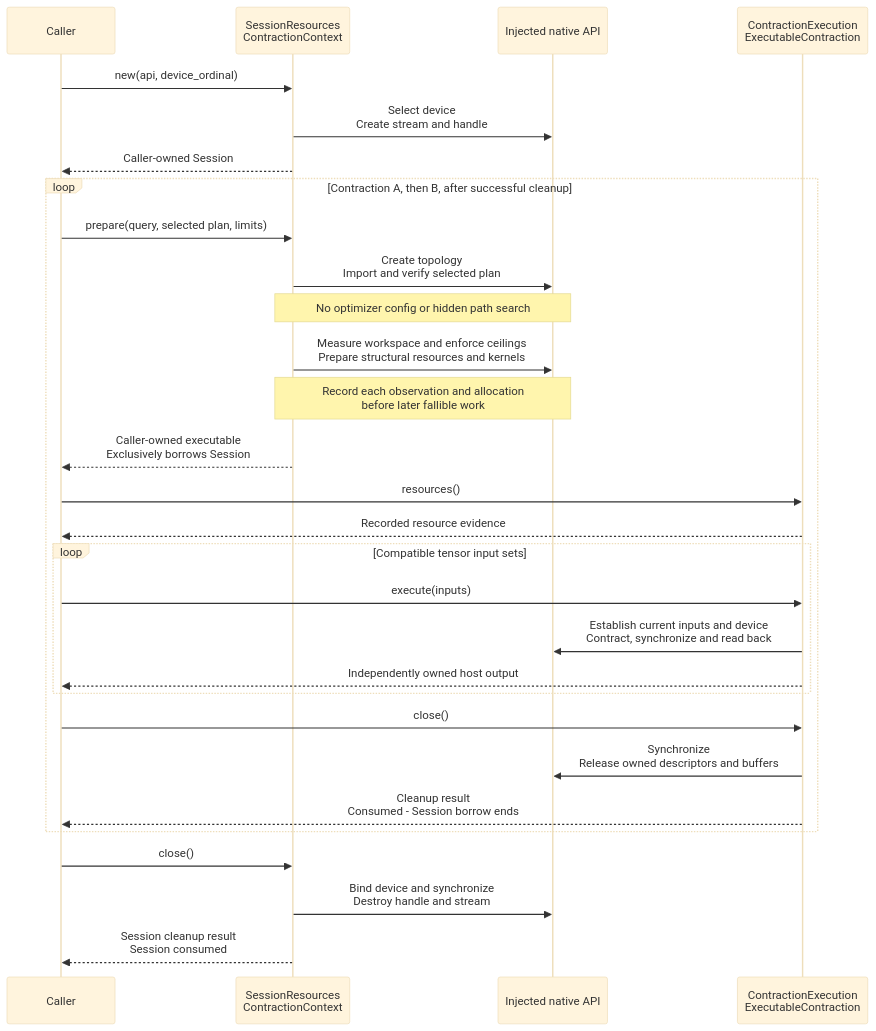
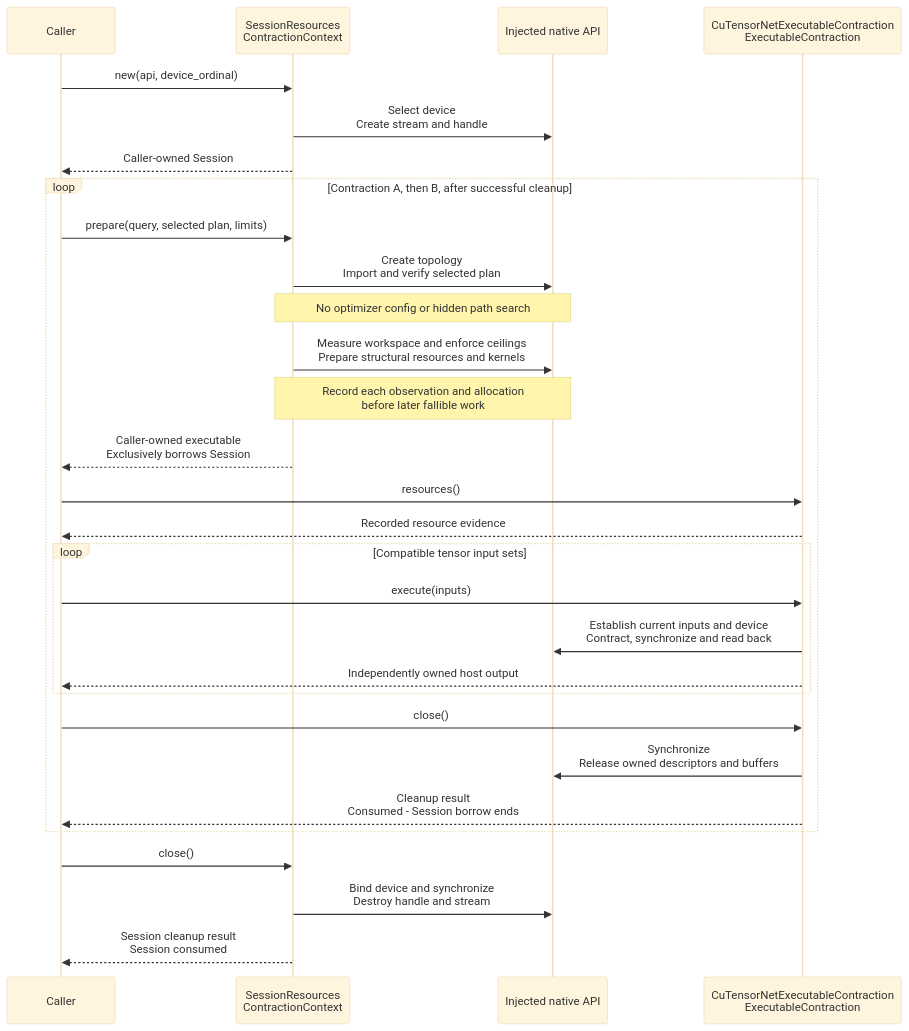
Before and after one commit to microsoft/qdk: the diagram in source/cutensornet/README.md, drawn with Mermaid (base theme). The commit also changed other lines of this file and 19 other files, not shown here.

First line of the commit message:
[SIMULATORS] Add reusable cuTensorNet contraction inputs

````diff
--- a/source/cutensornet/README.md
+++ b/source/cutensornet/README.md
@@ -383,32 +383,32 @@
 ```mermaid
 sequenceDiagram
     participant Caller
     participant Session as SessionResources<br/>ContractionContext
     participant Native as Injected native API
-    participant Executable as ContractionExecution<br/>ExecutableContraction
+    participant Executable as CuTensorNetExecutableContraction<br/>ExecutableContraction
 
     Caller->>Session: new(api, device_ordinal)
     Session->>Native: Select device<br/>Create stream and handle
     Session-->>Caller: Caller-owned Session
     loop Contraction A, then B, after successful cleanup
         Caller->>Session: prepare(query, selected plan, limits)
         Session->>Native: Create topology<br/>Import and verify selected plan
         Note over Session,Native: No optimizer config or hidden path search
         Session->>Native: Measure workspace and enforce ceilings<br/>Prepare structural resources and kernels
         Note over Session,Native: Record each observation and allocation<br/>before later fallible work
         Session-->>Caller: Caller-owned executable<br/>Exclusively borrows Session
         Caller->>Executable: resources()
         Executable-->>Caller: Recorded resource evidence
         loop Compatible tensor input sets
             Caller->>Executable: execute(inputs)
             Executable->>Native: Establish current inputs and device<br/>Contract, synchronize and read back
             Executable-->>Caller: Independently owned host output
         end
         Caller->>Executable: close()
         Executable->>Native: Synchronize<br/>Release owned descriptors and buffers
         Executable-->>Caller: Cleanup result<br/>Consumed - Session borrow ends
     end
     Caller->>Session: close()
     Session->>Native: Bind device and synchronize<br/>Destroy handle and stream
     Session-->>Caller: Session cleanup result<br/>Session consumed
 ```
````
